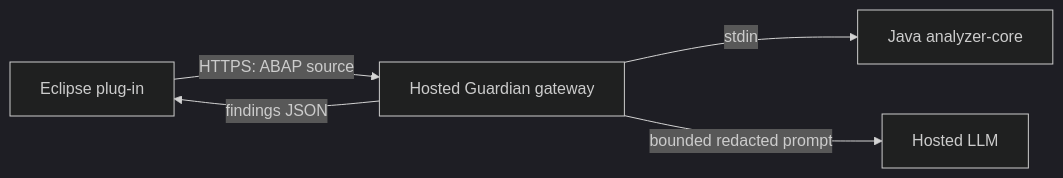
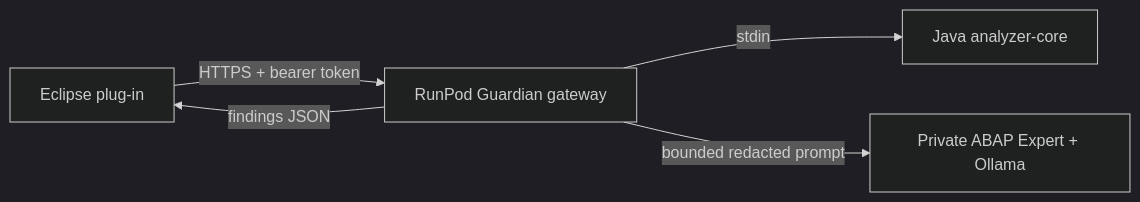
The diagram in docs/architecture.md (kostasppz/abap-zcopilot), drawn with Mermaid (dark theme) before and after one commit. The commit also changed other lines of this file and 48 other files, not shown here.

````diff
--- a/docs/architecture.md
+++ b/docs/architecture.md
@@ -3,7 +3,7 @@
 ```mermaid
 flowchart LR
-    E["Eclipse plug-in"] -->|"HTTPS: ABAP source"| G["Hosted Guardian gateway"]
+    E["Eclipse plug-in"] -->|"HTTPS + bearer token"| G["RunPod Guardian gateway"]
     G -->|"stdin"| A["Java analyzer-core"]
-    G -->|"bounded redacted prompt"| L["Hosted LLM"]
+    G -->|"bounded redacted prompt"| L["Private ABAP Expert + Ollama"]
     G -->|"findings JSON"| E
 ```
````
